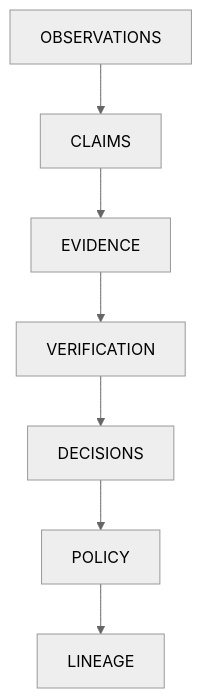
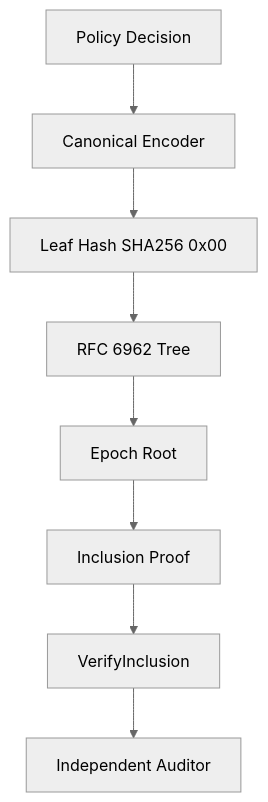
Before and after one commit to myshra777-ai/garuda: the second of 5 diagrams in README.md, drawn with Mermaid (neutral theme). The commit also changed other lines of this file, not shown here.

````diff
--- a/README.md
+++ b/README.md
@@ -147,9 +105,10 @@
 ```mermaid
-flowchart TB
-    OBS["OBSERVATIONS"] --> CLAIM["CLAIMS"]
-    CLAIM --> EVID["EVIDENCE"]
-    EVID --> VERIFY["VERIFICATION"]
-    VERIFY --> DECISION["DECISIONS"]
-    DECISION --> POLICY["POLICY"]
-    POLICY --> LINEAGE["LINEAGE"]
+flowchart TD
+    DECISION["Policy Decision"] --> CANON["Canonical Encoder"]
+    CANON --> LEAF["Leaf Hash SHA256 0x00"]
+    LEAF --> TREE["RFC 6962 Tree"]
+    TREE --> ROOT["Epoch Root"]
+    ROOT --> PROOF["Inclusion Proof"]
+    PROOF --> VERIFY["VerifyInclusion"]
+    VERIFY --> AUDITOR["Independent Auditor"]
 ```
````
